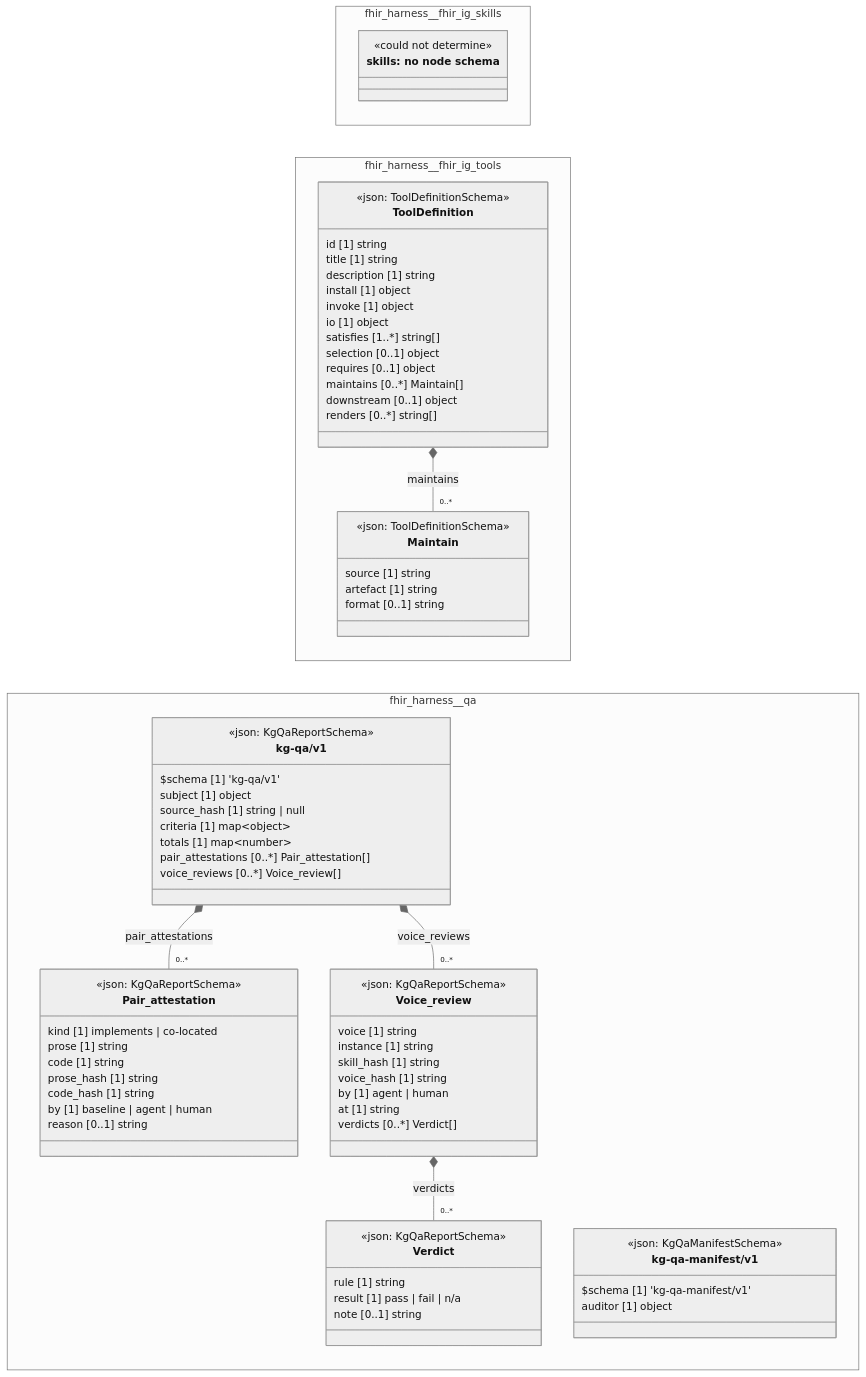
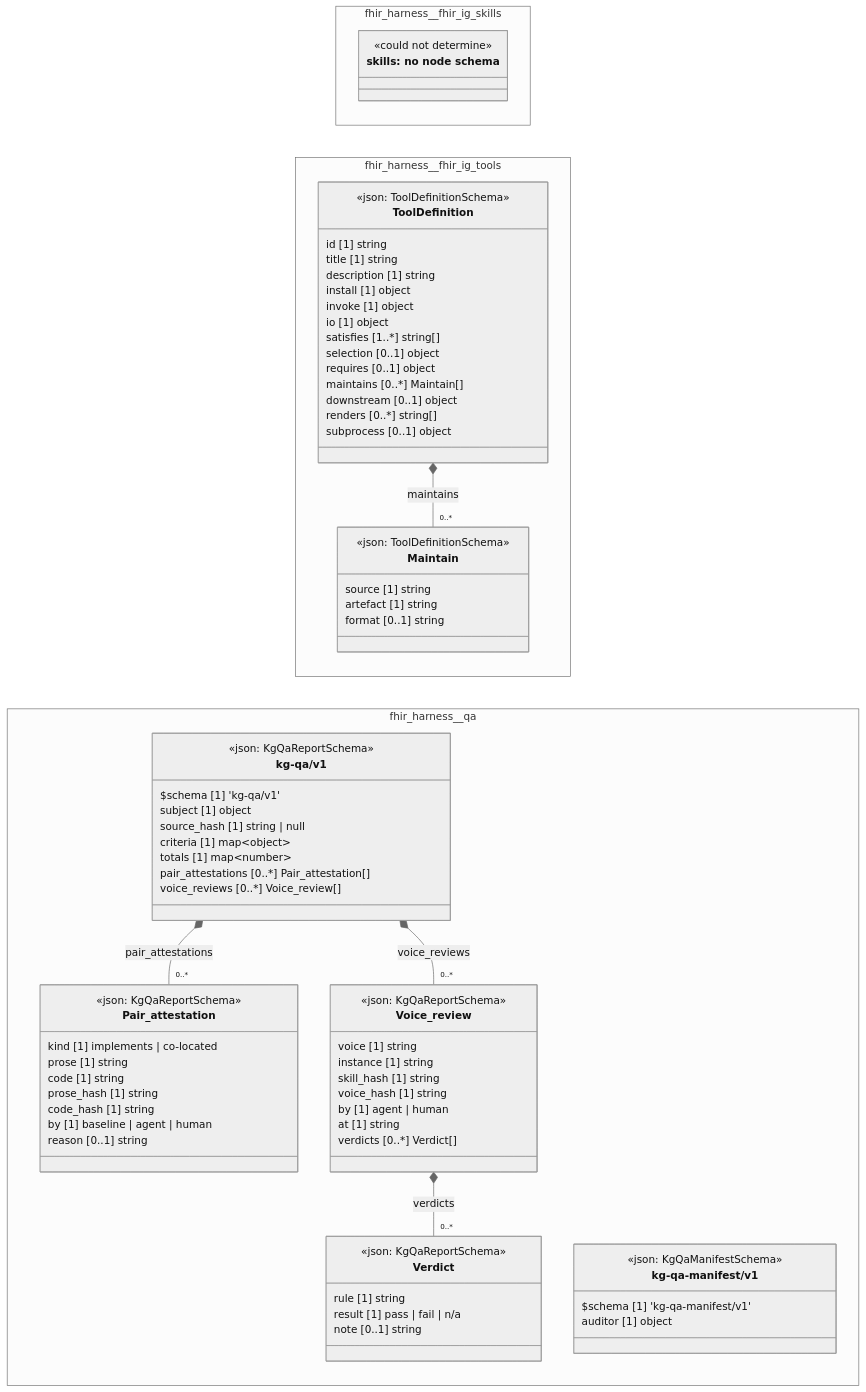
One commit to litlfred/folio-assistant changed the diagram in cat-harness/docs/uml/overview/fhir-harness.md. Above: the diagram before and after it, drawn with Mermaid (neutral theme). The commit also changed 204 other files, not shown here.

```diff
--- a/cat-harness/docs/uml/overview/fhir-harness.md
+++ b/cat-harness/docs/uml/overview/fhir-harness.md
@@ -72,6 +72,7 @@
       maintains [0..*] Maintain[]
       downstream [0..1] object
       renders [0..*] string[]
+      subprocess [0..1] object
     }
   }
   namespace fhir_harness__qa {
```
